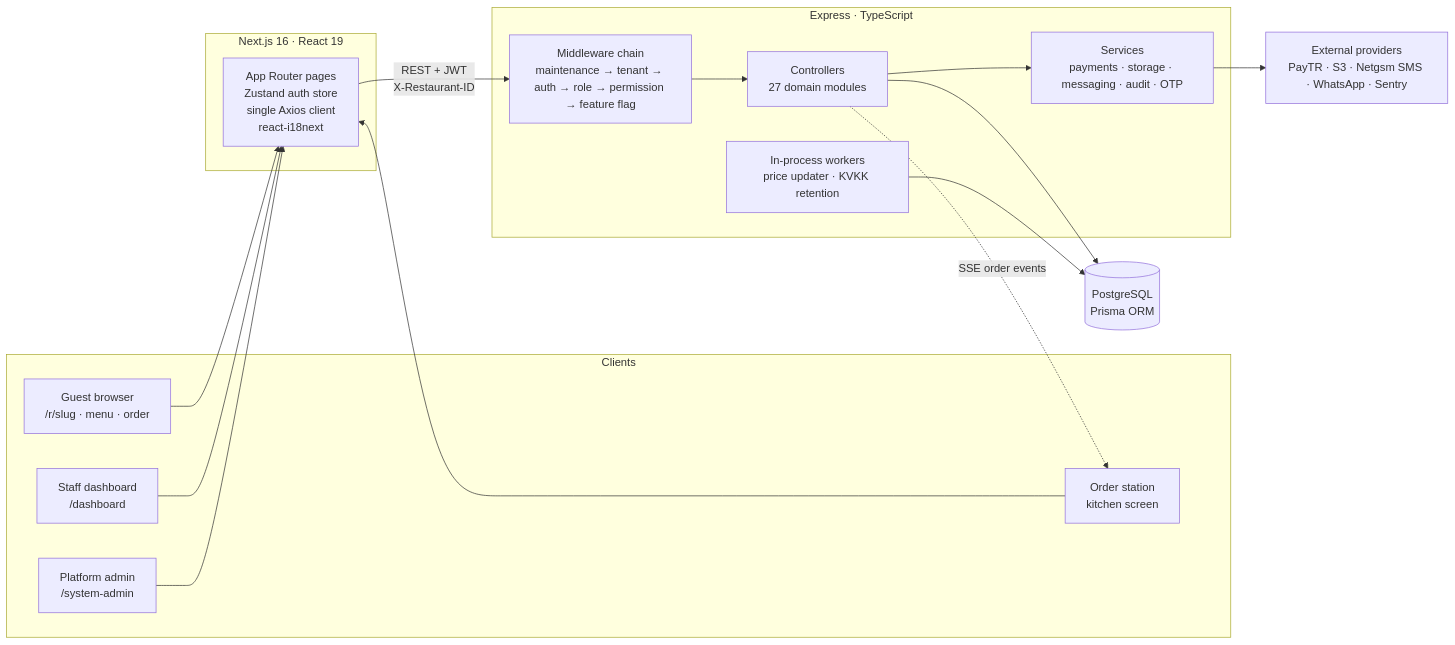
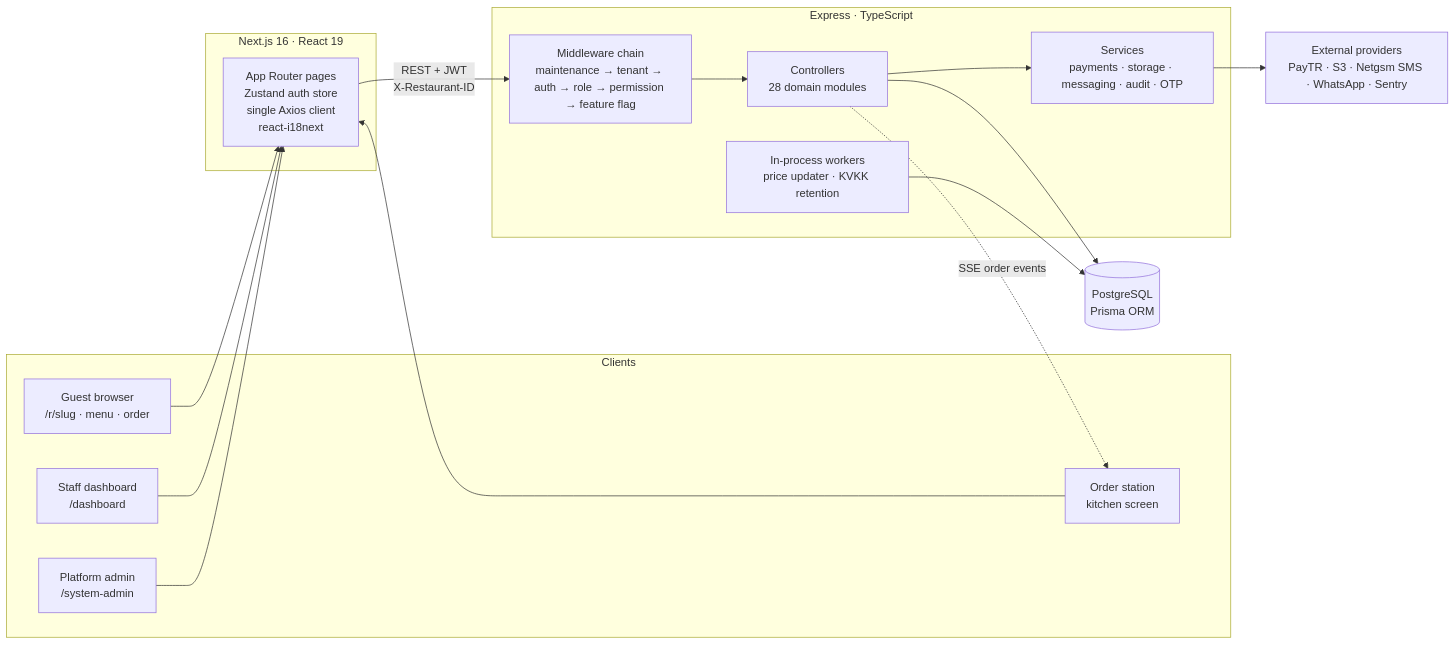
One commit to erdeemaydin/rezervelik changed the first of 5 diagrams in README.md. Above: the diagram before and after it, drawn with Mermaid. The commit also changed other lines of this file and 1 other file, not shown here.

````diff
--- a/README.md
+++ b/README.md
@@ -62,29 +79,29 @@
 ```mermaid
 flowchart LR
     subgraph Clients
         G[Guest browser<br/>/r/slug · menu · order]
         S[Staff dashboard<br/>/dashboard]
         A[Platform admin<br/>/system-admin]
         OS[Order station<br/>kitchen screen]
     end
 
     subgraph Frontend["Next.js 16 · React 19"]
         FE[App Router pages<br/>Zustand auth store<br/>single Axios client<br/>react-i18next]
     end
 
     subgraph Backend["Express · TypeScript"]
         MW[Middleware chain<br/>maintenance → tenant → auth → role → permission → feature flag]
-        C[Controllers<br/>27 domain modules]
+        C[Controllers<br/>28 domain modules]
         SV[Services<br/>payments · storage · messaging · audit · OTP]
         W[In-process workers<br/>price updater · KVKK retention]
     end
 
     DB[(PostgreSQL<br/>Prisma ORM)]
     EXT[External providers<br/>PayTR · S3 · Netgsm SMS · WhatsApp · Sentry]
 
     G & S & A & OS --> FE
     FE -- "REST + JWT<br/>X-Restaurant-ID" --> MW --> C --> DB
     C --> SV --> EXT
     W --> DB
     C -. "SSE order events" .-> OS
 ```
````
